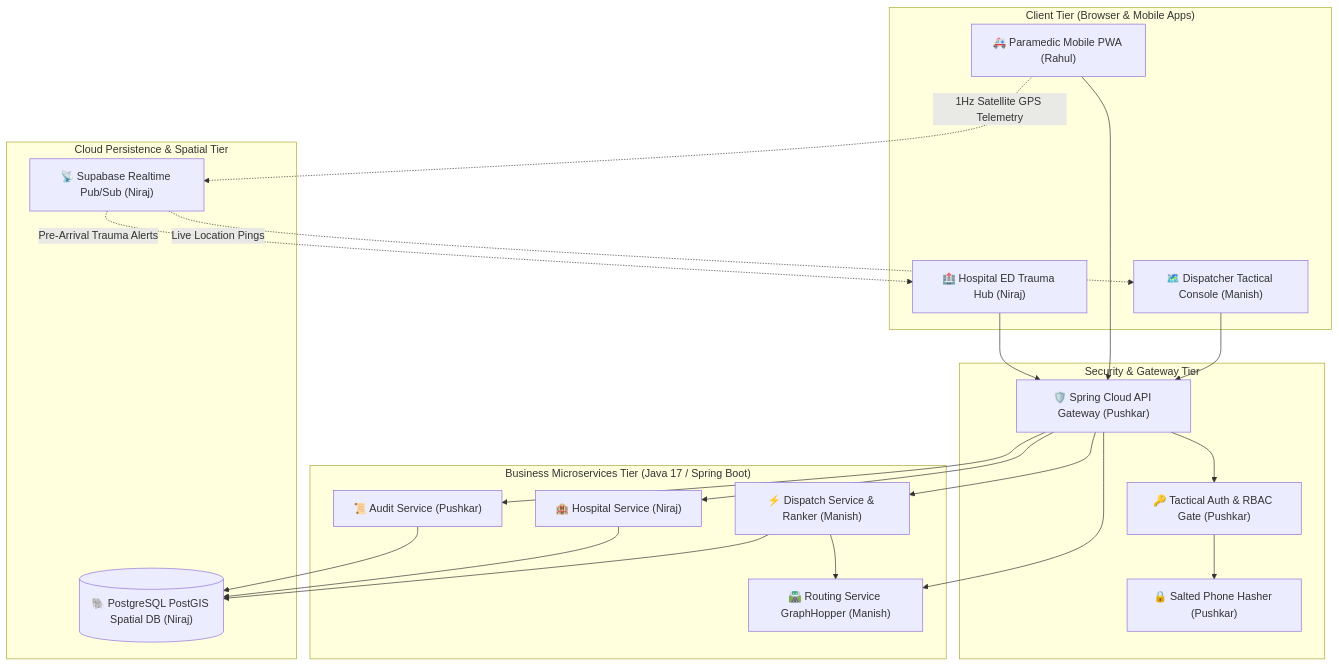
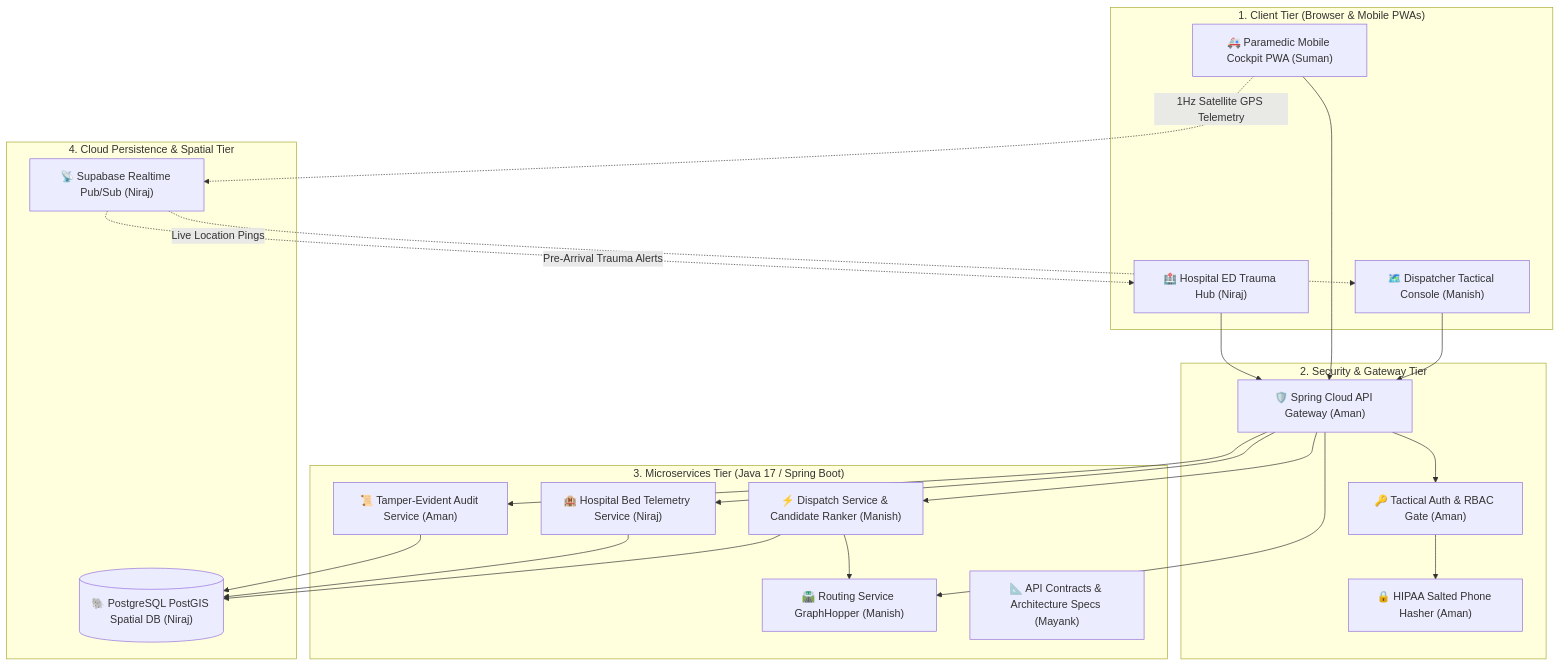
The diagram in README.md (manish-12345678911/Ems-platform), drawn with Mermaid before and after one commit. The commit also changed other lines of this file, not shown here.

````diff
--- a/README.md
+++ b/README.md
@@ -150,46 +118,47 @@
 ```mermaid
 graph TB
-    subgraph Client_Tier ["Client Tier (Browser & Mobile Apps)"]
+    subgraph Client_Tier ["1. Client Tier (Browser & Mobile PWAs)"]
         D_UI["🗺️ Dispatcher Tactical Console (Manish)"]
-        C_UI["🚑 Paramedic Mobile PWA (Rahul)"]
+        C_UI["🚑 Paramedic Mobile Cockpit PWA (Suman)"]
         H_UI["🏥 Hospital ED Trauma Hub (Niraj)"]
     end
 
-    subgraph Security_Gateway_Tier ["Security & Gateway Tier"]
-        GW["🛡️ Spring Cloud API Gateway (Pushkar)"]
-        AUTH["🔑 Tactical Auth & RBAC Gate (Pushkar)"]
-        HASH["🔒 Salted Phone Hasher (Pushkar)"]
+    subgraph Security_Tier ["2. Security & Gateway Tier"]
+        GW["🛡️ Spring Cloud API Gateway (Aman)"]
+        AUTH["🔑 Tactical Auth & RBAC Gate (Aman)"]
+        HASH["🔒 HIPAA Salted Phone Hasher (Aman)"]
     end
 
-    subgraph Microservices_Tier ["Business Microservices Tier (Java 17 / Spring Boot)"]
-        DS["⚡ Dispatch Service & Ranker (Manish)"]
+    subgraph Microservices_Tier ["3. Microservices Tier (Java 17 / Spring Boot)"]
+        DS["⚡ Dispatch Service & Candidate Ranker (Manish)"]
         RS["🛣️ Routing Service GraphHopper (Manish)"]
-        HS["🏨 Hospital Service (Niraj)"]
-        AS["📜 Audit Service (Pushkar)"]
+        HS["🏨 Hospital Bed Telemetry Service (Niraj)"]
+        AS["📜 Tamper-Evident Audit Service (Aman)"]
+        UML["📐 API Contracts & Architecture Specs (Mayank)"]
     end
 
-    subgraph Persistence_Tier ["Cloud Persistence & Spatial Tier"]
+    subgraph Persistence_Tier ["4. Cloud Persistence & Spatial Tier"]
         DB[("🐘 PostgreSQL PostGIS Spatial DB (Niraj)")]
         RT["📡 Supabase Realtime Pub/Sub (Niraj)"]
     end
 
     D_UI --> GW
     C_UI --> GW
     H_UI --> GW
 
     GW --> AUTH
     AUTH --> HASH
     GW --> DS
     GW --> RS
     GW --> HS
     GW --> AS
 
     DS --> RS
     DS --> DB
     HS --> DB
     AS --> DB
 
     C_UI -.->|1Hz Satellite GPS Telemetry| RT
     RT -.->|Live Location Pings| D_UI
     RT -.->|Pre-Arrival Trauma Alerts| H_UI
 ```
````
